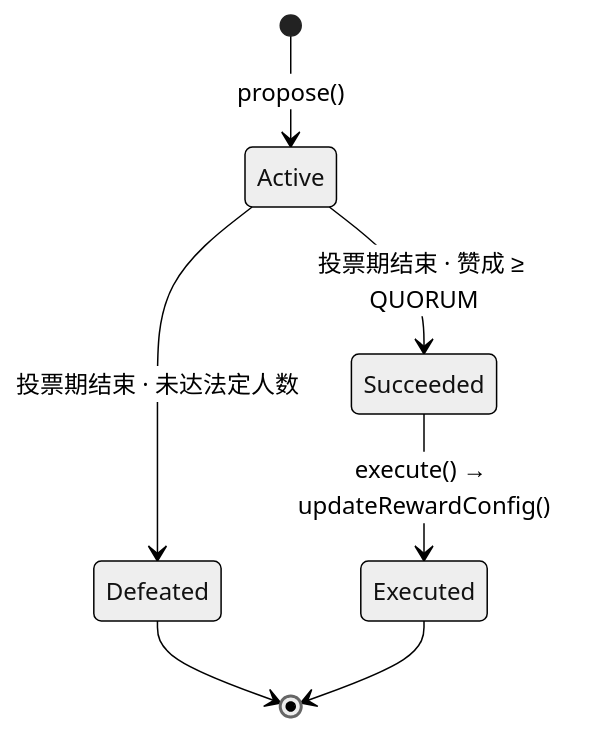
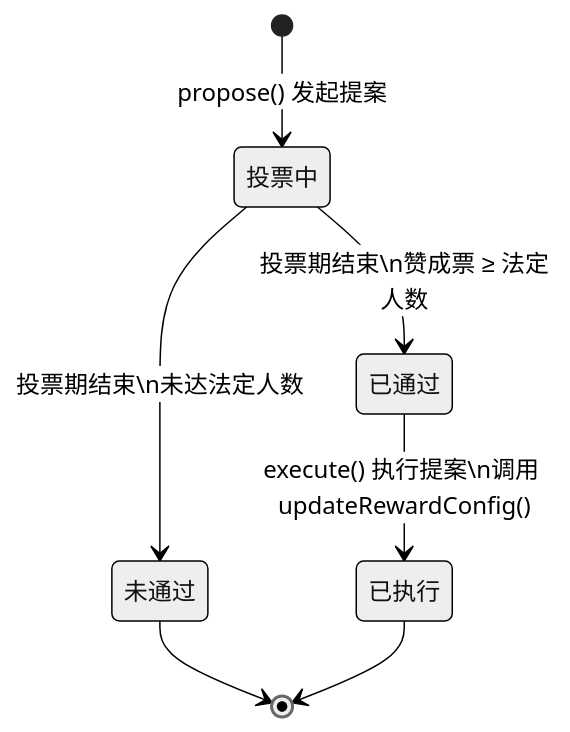
The fourth of 4 diagrams in README.md (zzzzzzzzzzhy/zk_fisco_platform), drawn with Mermaid (neutral theme) before and after one commit. The commit also changed other lines of this file, not shown here.

Commit message:
优化 README：架构图全中文标注，补充测试账号、MinIO 地址等细节

````diff
--- a/README.md
+++ b/README.md
@@ -156,9 +183,9 @@
 ```mermaid
 stateDiagram-v2
-    [*] --> Active : propose()
-    Active --> Succeeded : 投票期结束 · 赞成 ≥ QUORUM
-    Active --> Defeated : 投票期结束 · 未达法定人数
-    Succeeded --> Executed : execute() → updateRewardConfig()
-    Defeated --> [*]
-    Executed --> [*]
+    [*] --> 投票中 : propose() 发起提案
+    投票中 --> 已通过 : 投票期结束\n赞成票 ≥ 法定人数
+    投票中 --> 未通过 : 投票期结束\n未达法定人数
+    已通过 --> 已执行 : execute() 执行提案\n调用 updateRewardConfig()
+    未通过 --> [*]
+    已执行 --> [*]
 ```
````
